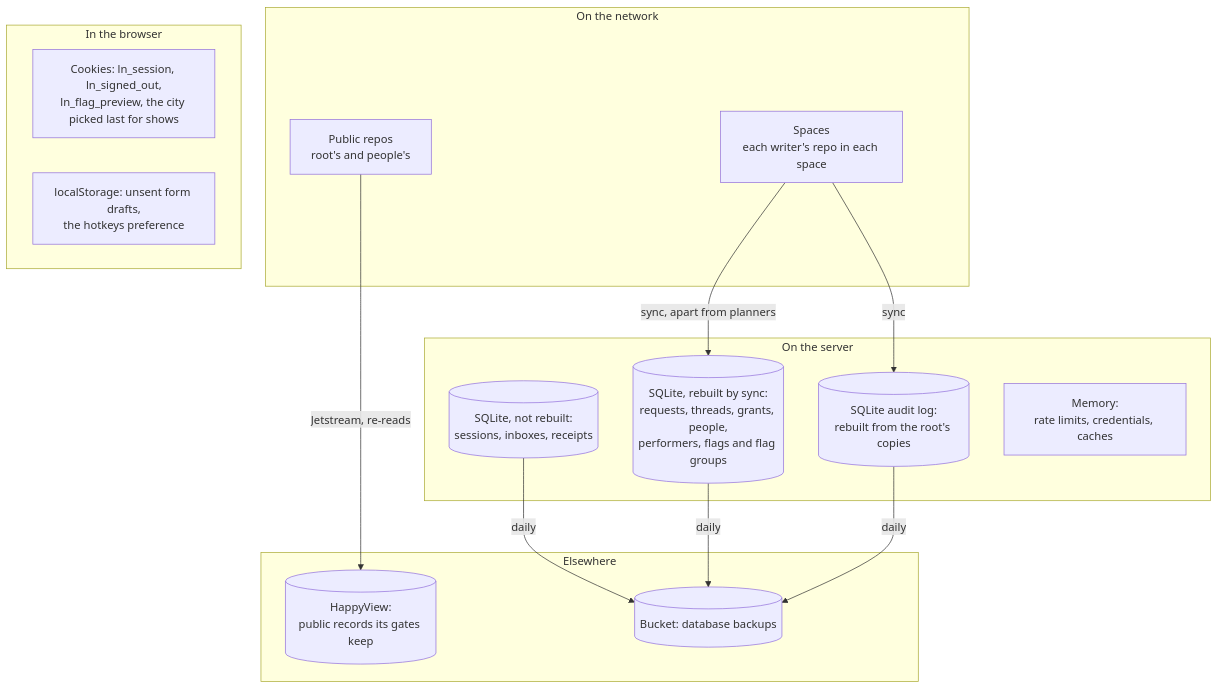
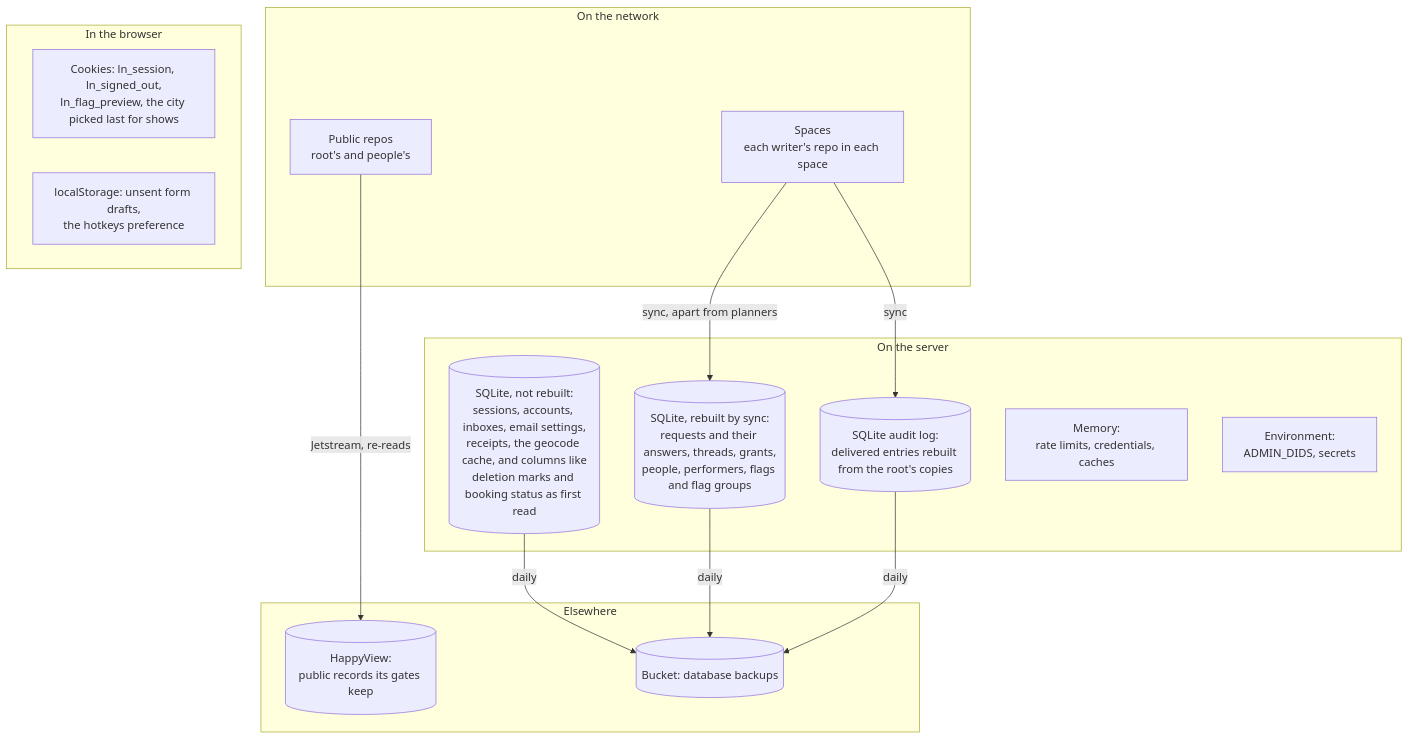
The seventh of 11 diagrams in apps/web/README.md (cutenode/localnetwork), drawn with Mermaid before and after one commit. The commit also changed other lines of this file and 16 other files, not shown here.

First line of the commit message:
fix(web): keep press kit answers in the request space, and list what a re-sync can't bring back

````diff
--- a/apps/web/README.md
+++ b/apps/web/README.md
@@ -596,27 +596,28 @@
 ```mermaid
 flowchart TD
   subgraph Network["On the network"]
     Repos["Public repos<br/>root's and people's"]
     Spaces["Spaces<br/>each writer's repo in each space"]
   end
   subgraph Server["On the server"]
-    Index[("SQLite, rebuilt by sync:<br/>requests, threads, grants, people,<br/>performers, flags and flag groups")]
-    Only[("SQLite, not rebuilt:<br/>sessions, inboxes, receipts")]
-    Outbox[("SQLite audit log:<br/>rebuilt from the root's copies")]
+    Index[("SQLite, rebuilt by sync:<br/>requests and their answers, threads, grants,<br/>people, performers, flags and flag groups")]
+    Only[("SQLite, not rebuilt:<br/>sessions, accounts, inboxes, email settings,<br/>receipts, the geocode cache, and columns like<br/>deletion marks and booking status as first read")]
+    Outbox[("SQLite audit log:<br/>delivered entries rebuilt from the root's copies")]
     Memory["Memory:<br/>rate limits, credentials, caches"]
+    Config["Environment:<br/>ADMIN_DIDS, secrets"]
   end
   subgraph Elsewhere["Elsewhere"]
     HV[("HappyView:<br/>public records its gates keep")]
     Bucket[("Bucket: database backups")]
   end
   subgraph Client["In the browser"]
     Cookies["Cookies: ln_session, ln_signed_out,<br/>ln_flag_preview, the city picked last for shows"]
     Local["localStorage: unsent form drafts,<br/>the hotkeys preference"]
   end
   Repos -- "Jetstream, re-reads" --> HV
   Spaces -- "sync, apart from planners" --> Index
   Spaces -- "sync" --> Outbox
   Only -- "daily" --> Bucket
   Index -- "daily" --> Bucket
   Outbox -- "daily" --> Bucket
 ```
````
